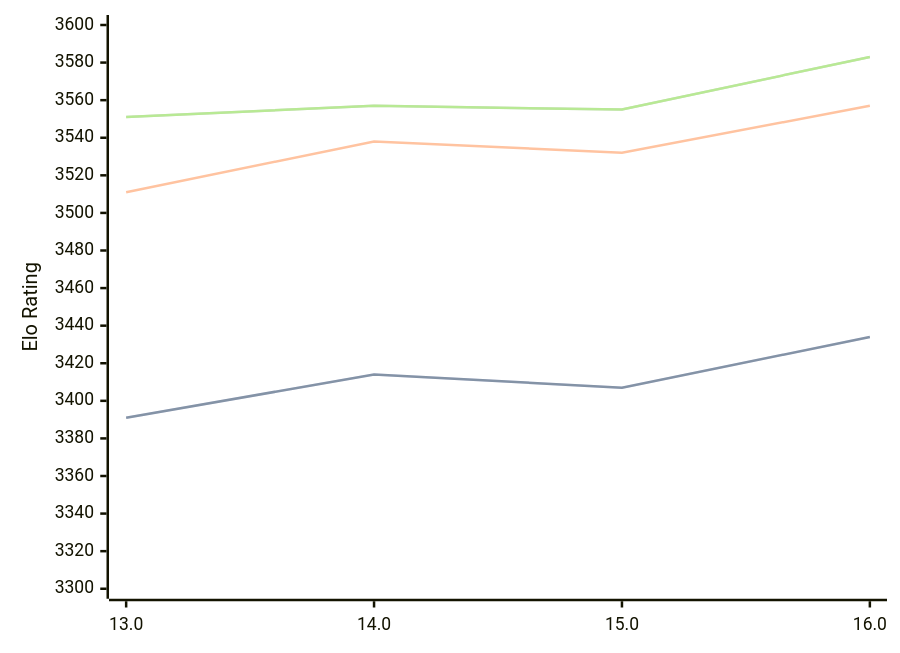
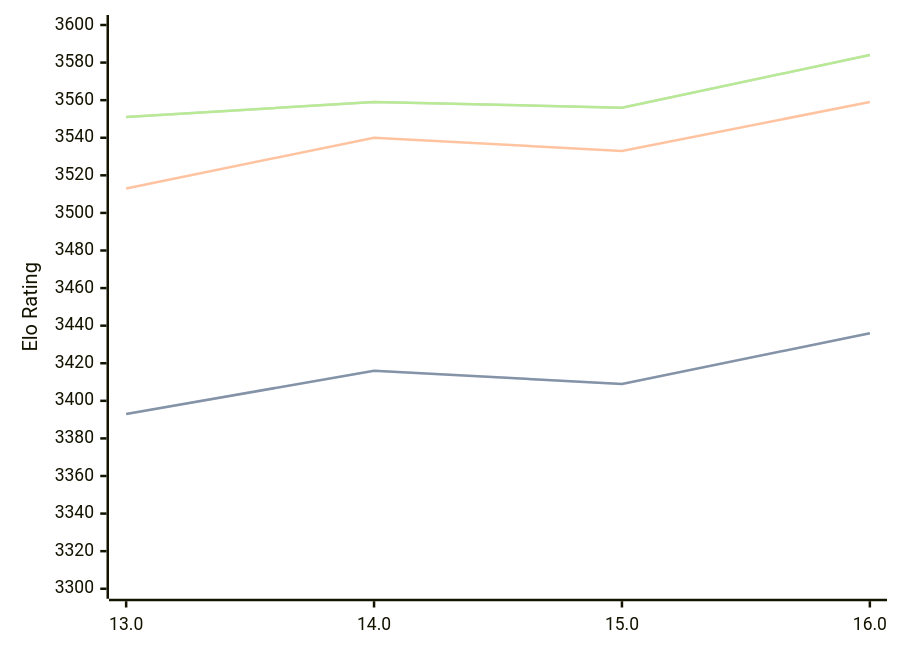
The diagram in engines/Obsidian.md (computer-chess-index/cci), drawn with Mermaid before and after one commit. The commit also changed other lines of this file, not shown here.

Commit message:
Update CCI Ratings (ELO VLTC) - 2026-08-26

````diff
--- a/engines/Obsidian.md
+++ b/engines/Obsidian.md
@@ -34,11 +34,11 @@
 ```mermaid
 %%{init: {"theme":"base","themeVariables":{"seriesColors:['#a3a3a3','#222221','#faa371']}}}%%
 xychart-beta
   x-axis ["13.0", "14.0", "15.0", "16.0"]
   y-axis "Elo Rating" 3300 --> 3600
-  line "STC (8.0+0.08s)" [3391, 3414, 3407, 3434]
-  line "STC (8.0+0.08s)" [3391, 3414, 3407, 3434]
-  line "LTC (60.0+0.60s)" [3511, 3538, 3532, 3557]
-  line "VLTC (2m24s+1.12s)" [3551, 3557, 3555, 3583]
-  line "VLTC (2m24s+1.12s)" [3551, 3557, 3555, 3583]
+  line "STC (8.0+0.08s)" [3393, 3416, 3409, 3436]
+  line "STC (8.0+0.08s)" [3393, 3416, 3409, 3436]
+  line "LTC (60.0+0.60s)" [3513, 3540, 3533, 3559]
+  line "VLTC (2m24s+1.12s)" [3551, 3559, 3556, 3584]
+  line "VLTC (2m24s+1.12s)" [3551, 3559, 3556, 3584]
 ```
````
